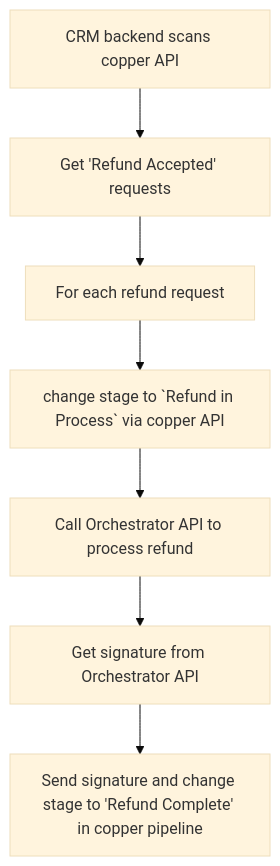
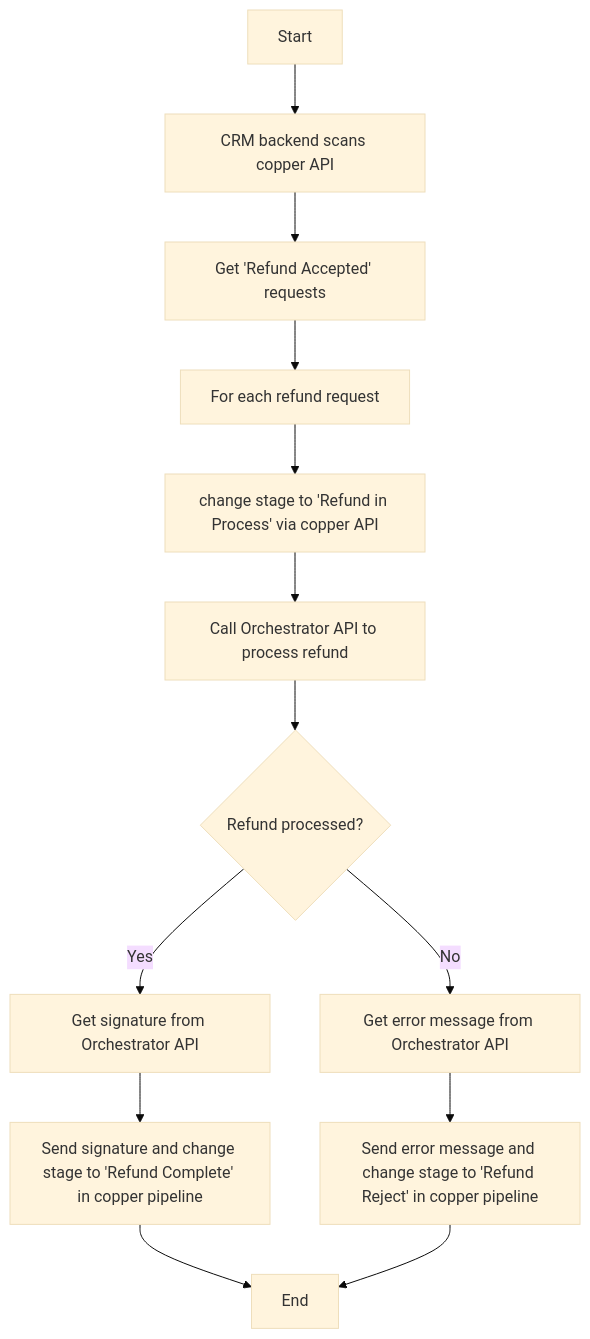
One commit to alphaflows/workbench changed the second of 3 diagrams in drafts/crm/refund_request_v2.md. Above: the diagram before and after it, drawn with Mermaid (base theme). The commit also changed other lines of this file, not shown here.

````diff
--- a/drafts/crm/refund_request_v2.md
+++ b/drafts/crm/refund_request_v2.md
@@ -33,9 +33,15 @@
 ```mermaid
 graph TD
-    A[CRM backend scans copper API] --> B[Get 'Refund Accepted' requests]
+    O[Start] --> A[CRM backend scans copper API] 
+    A --> B[Get 'Refund Accepted' requests]
     B --> C[For each refund request]
-    C --> G[change stage to `Refund in Process` via copper API]
+    C --> G[change stage to 'Refund in Process' via copper API]
     G --> D[Call Orchestrator API to process refund]
-    D --> E[Get signature from Orchestrator API]
+    D --> H{Refund processed?}
+    H --> |Yes| E[Get signature from Orchestrator API]
+    H --> |No| S[Get error message from Orchestrator API]
     E --> F[Send signature and change stage to 'Refund Complete' in copper pipeline]
+    S --> I[Send error message and change stage to 'Refund Reject' in copper pipeline]
+    F --> Q[End]
+    I --> Q
 ```
````
